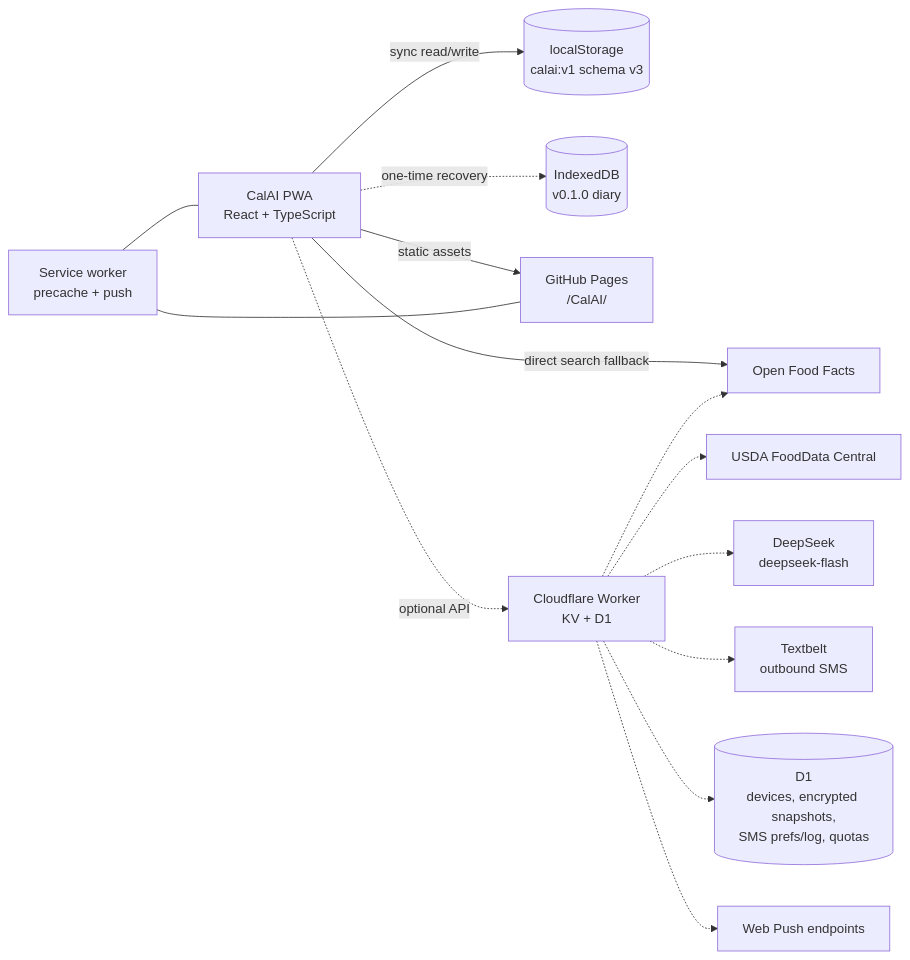
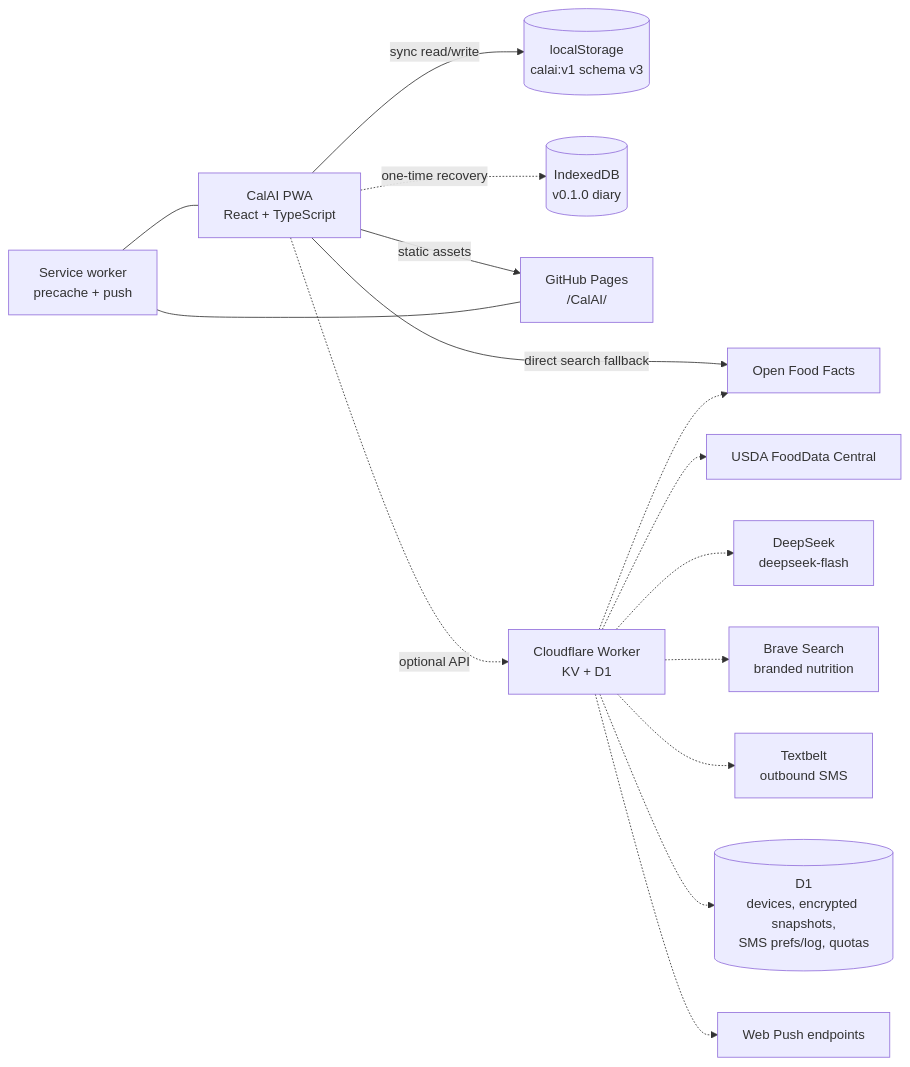
Before and after one commit to BrailleGov/CalAI: the diagram in docs/architecture.md, drawn with Mermaid. The commit also changed other lines of this file and 41 other files, not shown here.

````diff
--- a/docs/architecture.md
+++ b/docs/architecture.md
@@ -9,16 +9,17 @@
 ```mermaid
 flowchart LR
   PWA["CalAI PWA<br/>React + TypeScript"] -->|sync read/write| LS[("localStorage<br/>calai:v1 schema v3")]
   PWA -.->|one-time recovery| LegacyIDB[("IndexedDB<br/>v0.1.0 diary")]
   PWA -->|static assets| Pages["GitHub Pages<br/>/CalAI/"]
   PWA -->|direct search fallback| OFF["Open Food Facts"]
   PWA -.->|optional API| Worker["Cloudflare Worker<br/>KV + D1"]
   Worker -.-> OFF
   Worker -.-> USDA["USDA FoodData Central"]
   Worker -.-> DeepSeek["DeepSeek<br/>deepseek-flash"]
+  Worker -.-> Brave["Brave Search<br/>branded nutrition"]
   Worker -.-> Textbelt["Textbelt<br/>outbound SMS"]
   Worker -.-> D1[("D1<br/>devices, encrypted snapshots,<br/>SMS prefs/log, quotas")]
   Worker -.-> Push["Web Push endpoints"]
   SW["Service worker<br/>precache + push"] --- PWA
   SW --- Pages
 ```
````
